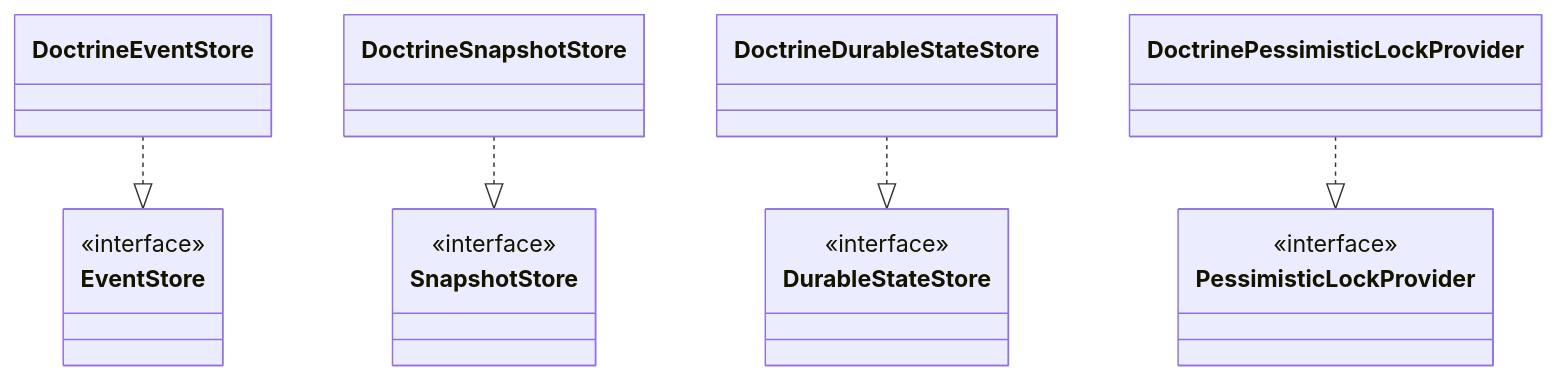
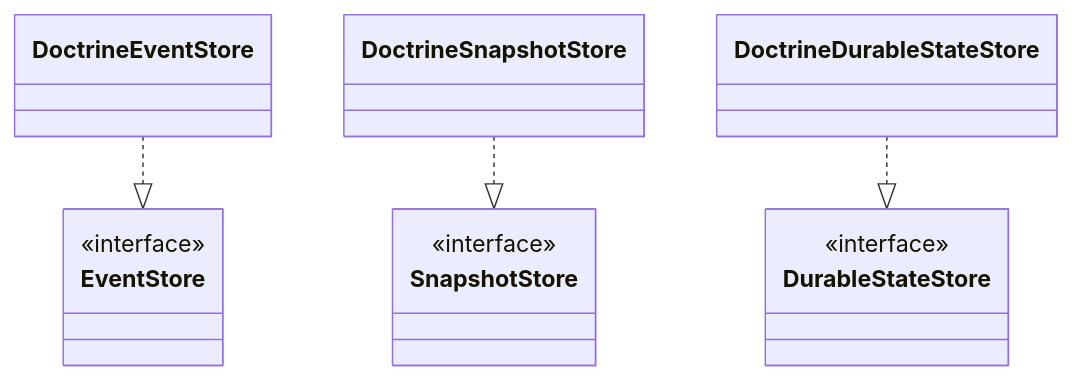
The diagram in website/docs/packages/persistence-doctrine.md (nexus-actors/nexus), drawn with Mermaid before and after one commit. The commit also changed other lines of this file and 5 other files, not shown here.

````diff
--- a/website/docs/packages/persistence-doctrine.md
+++ b/website/docs/packages/persistence-doctrine.md
@@ -19,20 +19,16 @@
 ```mermaid
 classDiagram
     class EventStore {
         <<interface>>
     }
     class SnapshotStore {
         <<interface>>
     }
     class DurableStateStore {
         <<interface>>
     }
-    class PessimisticLockProvider {
-        <<interface>>
-    }
 
     DoctrineEventStore ..|> EventStore
     DoctrineSnapshotStore ..|> SnapshotStore
     DoctrineDurableStateStore ..|> DurableStateStore
-    DoctrinePessimisticLockProvider ..|> PessimisticLockProvider
 ```
````
